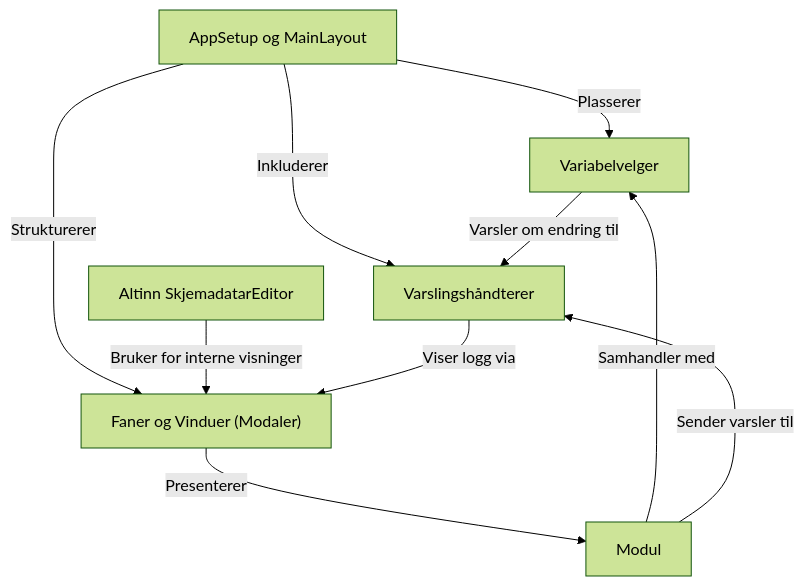
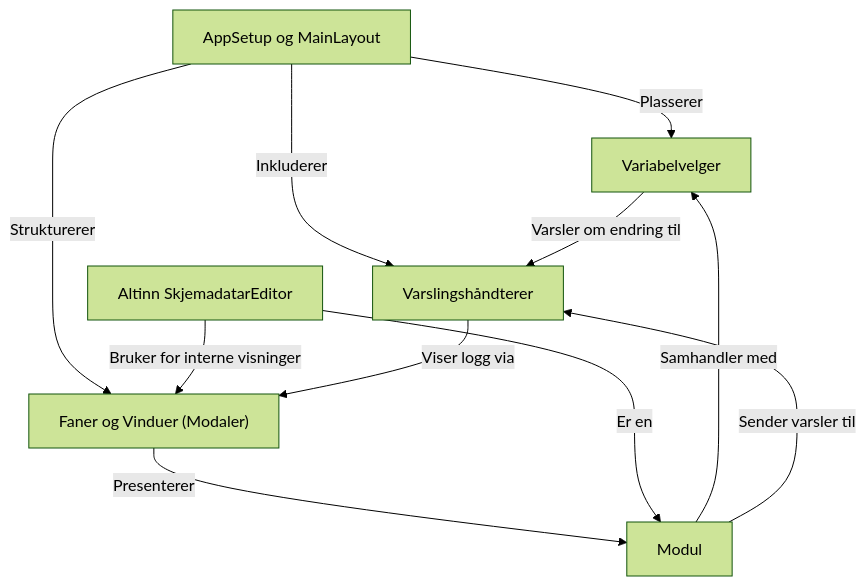
One commit to statisticsnorway/ssb-dash-framework changed the diagram in docs/KI-doc/index.md. Above: the diagram before and after it, drawn with Mermaid (forest theme).

````diff
--- a/docs/KI-doc/index.md
+++ b/docs/KI-doc/index.md
@@ -8,24 +8,25 @@
 ```mermaid
 flowchart TD
     A0["Variabelvelger
 "]
     A1["Modul
 "]
     A2["AppSetup og MainLayout
 "]
     A3["Faner og Vinduer (Modaler)
 "]
     A4["Altinn SkjemadatarEditor
 "]
     A5["Varslingshåndterer
 "]
     A2 -- "Plasserer" --> A0
     A2 -- "Strukturerer" --> A3
     A2 -- "Inkluderer" --> A5
     A1 -- "Samhandler med" --> A0
     A0 -- "Varsler om endring til" --> A5
     A3 -- "Presenterer" --> A1
     A1 -- "Sender varsler til" --> A5
     A4 -- "Bruker for interne visninger" --> A3
+    A4 -- "Er en " --> A1
     A5 -- "Viser logg via" --> A3
 ```
````
